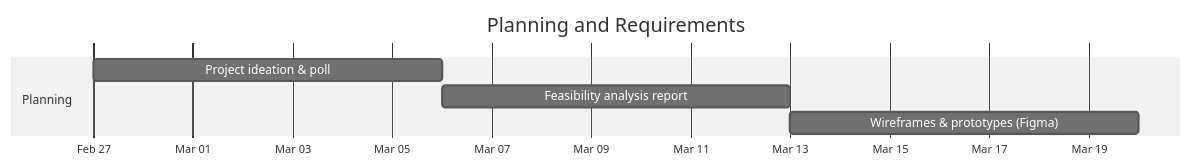
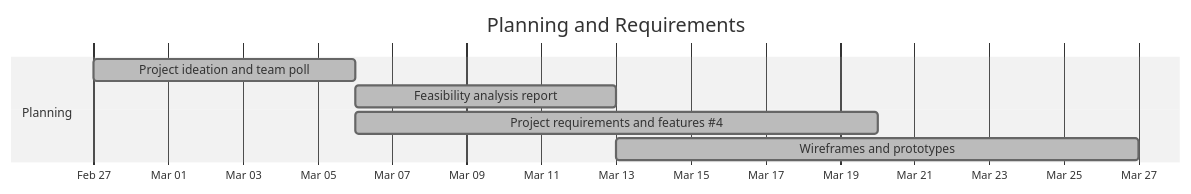
The first of 7 diagrams in GANTT.md (LuizGomes56/poosd_final_project), drawn with Mermaid (neutral theme) before and after one commit. The commit also changed other lines of this file, not shown here.

Commit message:
updated gantt chart

````diff
--- a/GANTT.md
+++ b/GANTT.md
@@ -15,11 +28,12 @@
 ```mermaid
 gantt
     title Planning and Requirements
     dateFormat  YYYY-MM-DD
     axisFormat  %b %d
 
     section Planning
-    Project ideation & poll          :      plan1, 2026-02-27, 2026-03-06
-    Feasibility analysis report      :      plan2, 2026-03-06, 2026-03-13
-    Wireframes & prototypes (Figma)  :      ux1,   2026-03-13, 2026-03-20
+    Project ideation and team poll         :done, plan1, 2026-02-27, 2026-03-06
+    Feasibility analysis report            :done, plan2, 2026-03-06, 2026-03-13
+    Project requirements and features #4  :done, plan3, 2026-03-06, 2026-03-20
+    Wireframes and prototypes              :done, plan4, 2026-03-13, 2026-03-27
 ```
````
